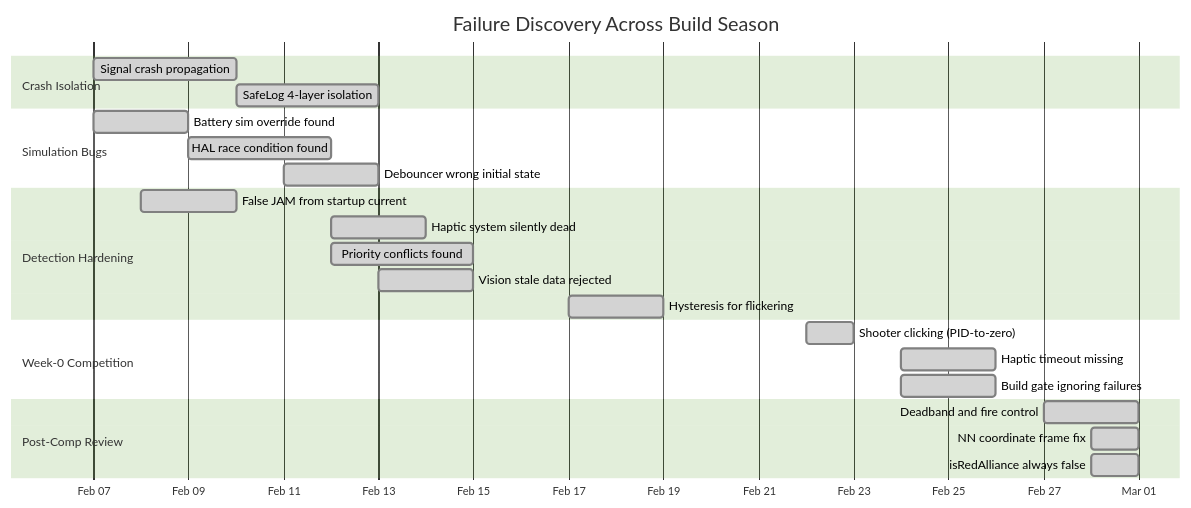
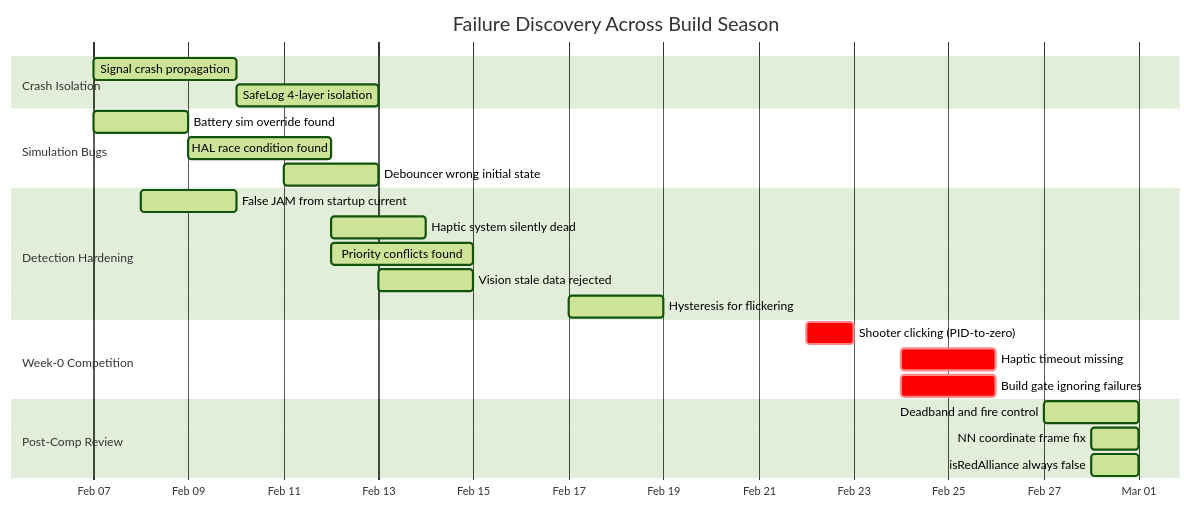
The diagram in docs/engineering/fmea-log.md (eeveemara/frc5962-2026-docs), drawn with Mermaid (forest theme) before and after one commit. The commit also changed 14 other files, not shown here.

Commit message:
Add explicit colors to all 20 mermaid diagrams for GitBook dark mode

````diff
--- a/docs/engineering/fmea-log.md
+++ b/docs/engineering/fmea-log.md
@@ -68,32 +68,33 @@
 ```mermaid
 gantt
     title Failure Discovery Across Build Season
     dateFormat YYYY-MM-DD
     axisFormat %b %d
+    todayMarker off
 
     section Crash Isolation
-    Signal crash propagation       :done, c1, 2026-02-07, 3d
-    SafeLog 4-layer isolation      :done, c2, 2026-02-10, 3d
+    Signal crash propagation       :active, c1, 2026-02-07, 3d
+    SafeLog 4-layer isolation      :active, c2, 2026-02-10, 3d
 
     section Simulation Bugs
-    Battery sim override found     :done, s1, 2026-02-07, 2d
-    HAL race condition found       :done, s2, 2026-02-09, 3d
-    Debouncer wrong initial state  :done, s3, 2026-02-11, 2d
+    Battery sim override found     :active, s1, 2026-02-07, 2d
+    HAL race condition found       :active, s2, 2026-02-09, 3d
+    Debouncer wrong initial state  :active, s3, 2026-02-11, 2d
 
     section Detection Hardening
-    False JAM from startup current :done, h1, 2026-02-08, 2d
-    Haptic system silently dead    :done, h2, 2026-02-12, 2d
-    Priority conflicts found       :done, h3, 2026-02-12, 3d
-    Vision stale data rejected     :done, h4, 2026-02-13, 2d
-    Hysteresis for flickering      :done, h5, 2026-02-17, 2d
+    False JAM from startup current :active, h1, 2026-02-08, 2d
+    Haptic system silently dead    :active, h2, 2026-02-12, 2d
+    Priority conflicts found       :active, h3, 2026-02-12, 3d
+    Vision stale data rejected     :active, h4, 2026-02-13, 2d
+    Hysteresis for flickering      :active, h5, 2026-02-17, 2d
 
     section Week-0 Competition
-    Shooter clicking (PID-to-zero) :done, w1, 2026-02-22, 1d
-    Haptic timeout missing         :done, w2, 2026-02-24, 2d
-    Build gate ignoring failures   :done, w3, 2026-02-24, 2d
+    Shooter clicking (PID-to-zero) :crit, w1, 2026-02-22, 1d
+    Haptic timeout missing         :crit, w2, 2026-02-24, 2d
+    Build gate ignoring failures   :crit, w3, 2026-02-24, 2d
 
     section Post-Comp Review
-    Deadband and fire control      :done, cr1, 2026-02-27, 2d
-    NN coordinate frame fix        :done, cr2, 2026-02-28, 1d
-    isRedAlliance always false     :done, cr3, 2026-02-28, 1d
+    Deadband and fire control      :active, cr1, 2026-02-27, 2d
+    NN coordinate frame fix        :active, cr2, 2026-02-28, 1d
+    isRedAlliance always false     :active, cr3, 2026-02-28, 1d
 ```
````
